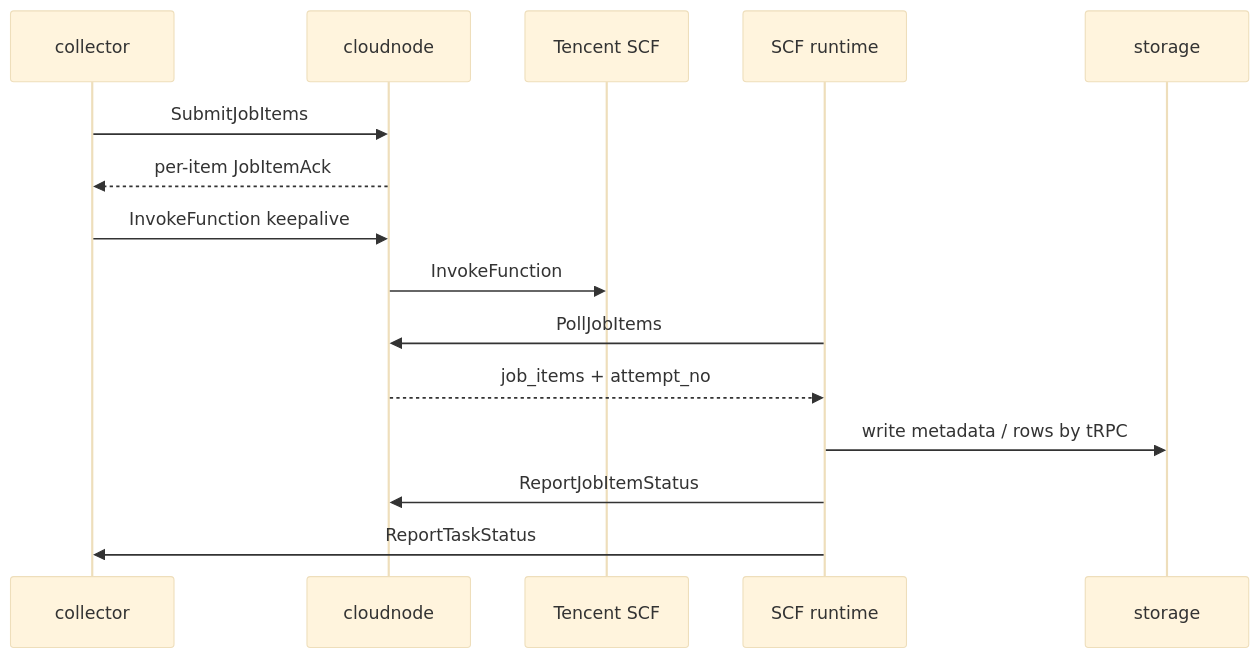
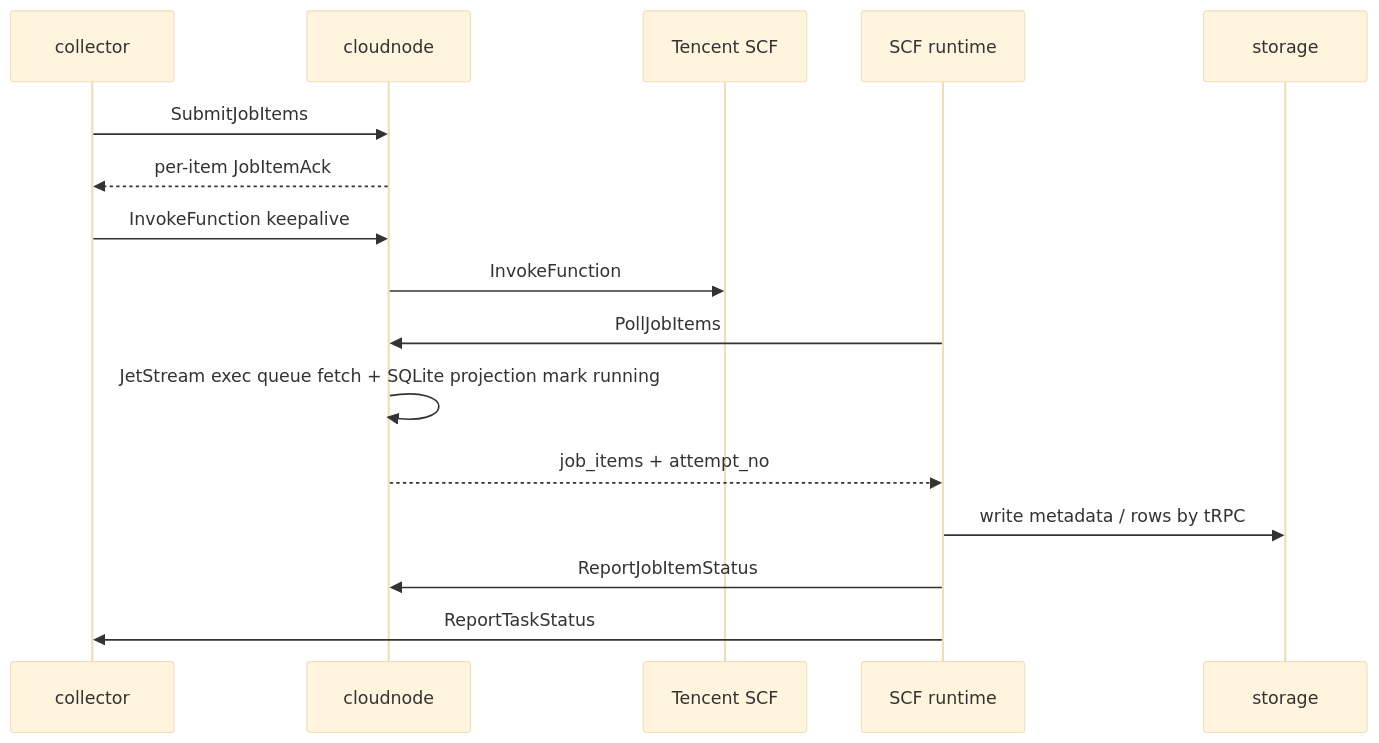
The second of 2 diagrams in docs/云节点执行平台架构.md (mooyang-code/moox), drawn with Mermaid (base theme) before and after one commit. The commit also changed other lines of this file and 50 other files, not shown here.

First line of the commit message:
feat(cloudnode): 接入 JetStream 云节点任务队列

````diff
--- a/docs/云节点执行平台架构.md
+++ b/docs/云节点执行平台架构.md
@@ -115,18 +115,19 @@
 ```mermaid
 sequenceDiagram
   participant Collector as collector
   participant CloudNode as cloudnode
   participant TencentSCF as Tencent SCF
   participant Runtime as SCF runtime
   participant Storage as storage
 
   Collector->>CloudNode: SubmitJobItems
   CloudNode-->>Collector: per-item JobItemAck
   Collector->>CloudNode: InvokeFunction keepalive
   CloudNode->>TencentSCF: InvokeFunction
   Runtime->>CloudNode: PollJobItems
+  CloudNode->>CloudNode: JetStream exec queue fetch + SQLite projection mark running
   CloudNode-->>Runtime: job_items + attempt_no
   Runtime->>Storage: write metadata / rows by tRPC
   Runtime->>CloudNode: ReportJobItemStatus
   Runtime->>Collector: ReportTaskStatus
 ```
````
